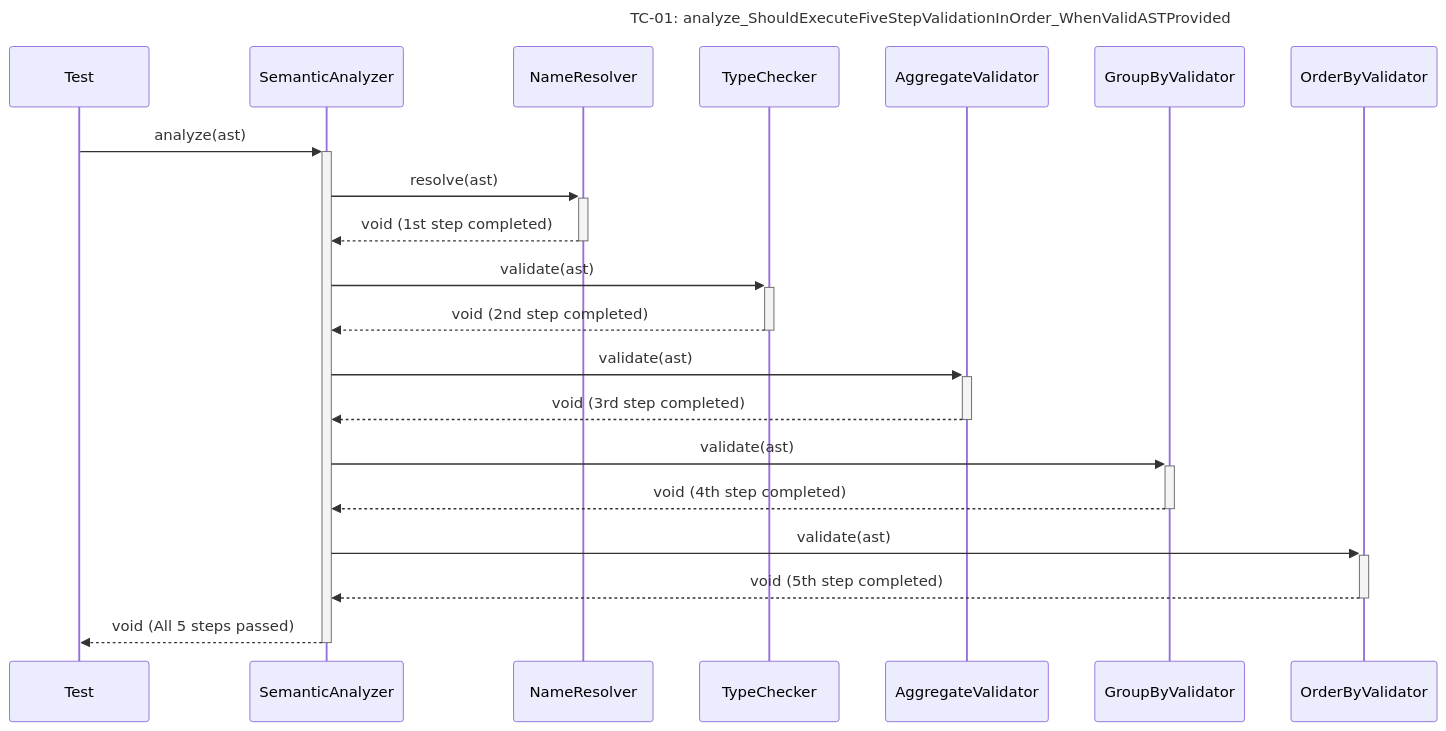
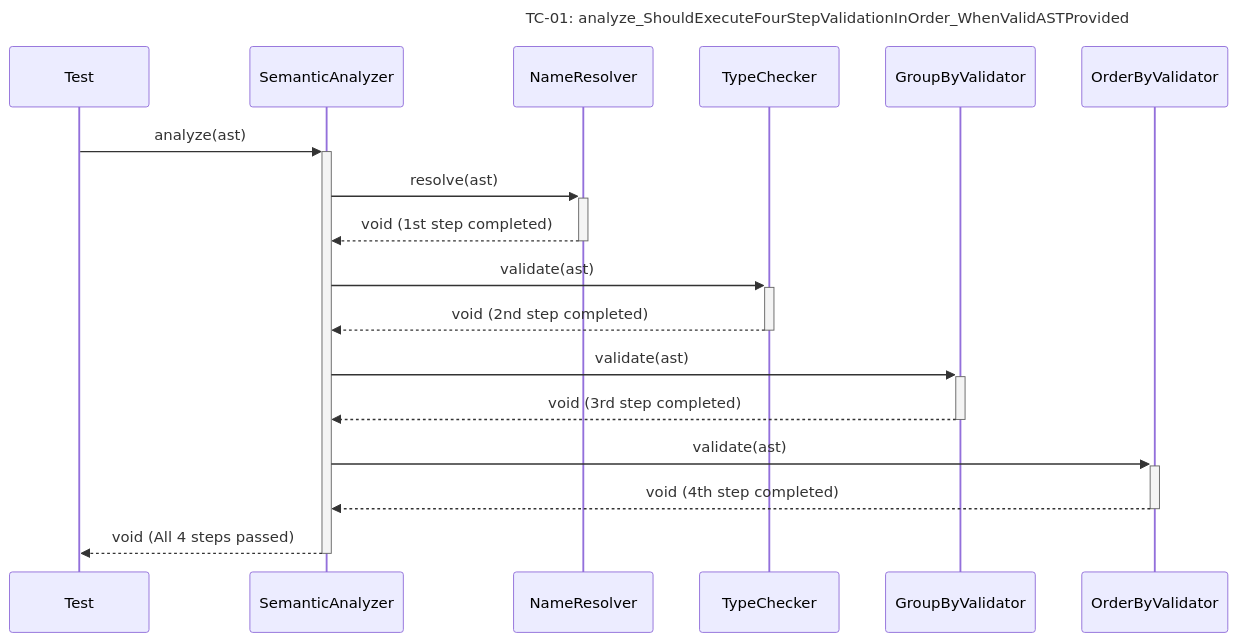
One commit to Dikhang1112/Database_Management_BBV changed the first of 24 diagrams in docs/unit_test/query_prossor/SequeceTestCase.md. Above: the diagram before and after it, drawn with Mermaid. The commit also changed other lines of this file and 16 other files, not shown here.

````diff
--- a/docs/unit_test/query_prossor/SequeceTestCase.md
+++ b/docs/unit_test/query_prossor/SequeceTestCase.md
@@ -12,24 +12,21 @@
 ```mermaid
 sequenceDiagram
-    title TC-01: analyze_ShouldExecuteFiveStepValidationInOrder_WhenValidASTProvided
+    title TC-01: analyze_ShouldExecuteFourStepValidationInOrder_WhenValidASTProvided
     participant Test
     participant SemanticAnalyzer
     participant NameResolver
     participant TypeChecker
-    participant AggregateValidator
     participant GroupByValidator
     participant OrderByValidator
 
     Test->>+SemanticAnalyzer: analyze(ast)
     SemanticAnalyzer->>+NameResolver: resolve(ast)
     NameResolver-->>-SemanticAnalyzer: void (1st step completed)
     SemanticAnalyzer->>+TypeChecker: validate(ast)
     TypeChecker-->>-SemanticAnalyzer: void (2nd step completed)
-    SemanticAnalyzer->>+AggregateValidator: validate(ast)
-    AggregateValidator-->>-SemanticAnalyzer: void (3rd step completed)
     SemanticAnalyzer->>+GroupByValidator: validate(ast)
-    GroupByValidator-->>-SemanticAnalyzer: void (4th step completed)
+    GroupByValidator-->>-SemanticAnalyzer: void (3rd step completed)
     SemanticAnalyzer->>+OrderByValidator: validate(ast)
-    OrderByValidator-->>-SemanticAnalyzer: void (5th step completed)
-    SemanticAnalyzer-->>-Test: void (All 5 steps passed)
+    OrderByValidator-->>-SemanticAnalyzer: void (4th step completed)
+    SemanticAnalyzer-->>-Test: void (All 4 steps passed)
 ```
````
